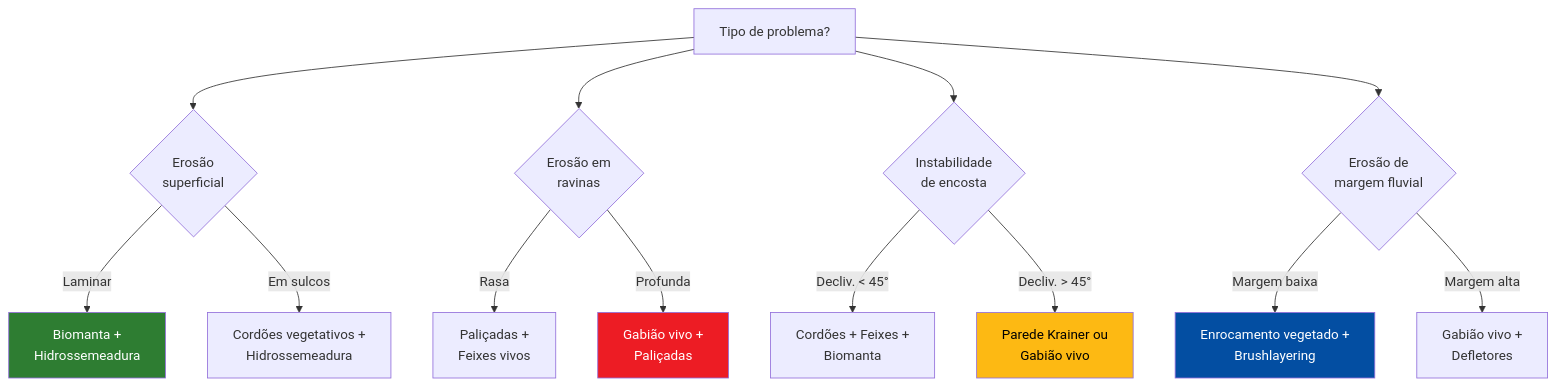
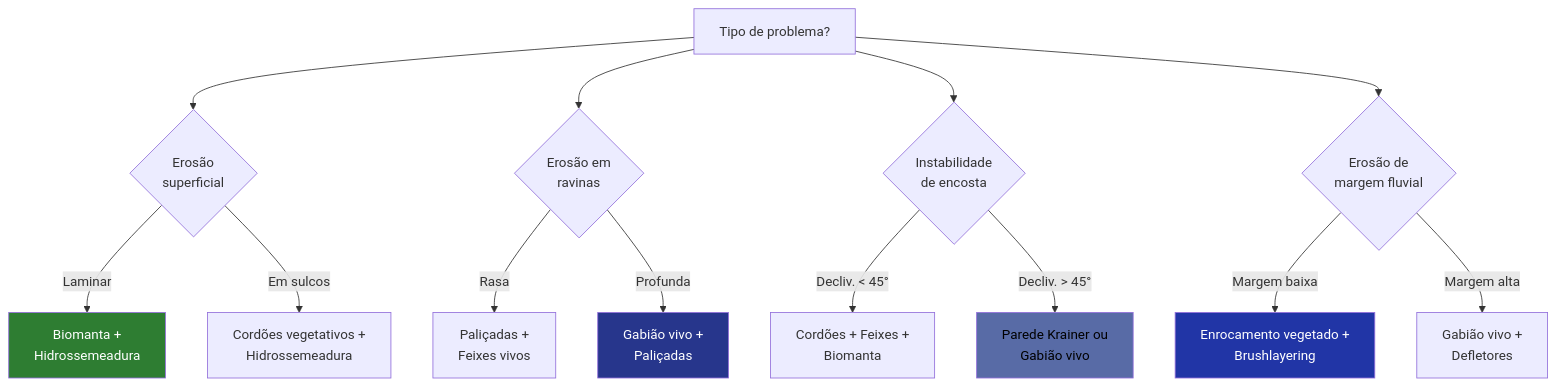
The third of 7 diagrams in aulas/bioengenharia_de_solos/aulas/projeto_integrador/projeto_integrador.qmd (ldvsantos/cv), drawn with Mermaid before and after one commit. The commit also changed other lines of this file and 466 other files, not shown here.

````diff
--- a/aulas/bioengenharia_de_solos/aulas/projeto_integrador/projeto_integrador.qmd
+++ b/aulas/bioengenharia_de_solos/aulas/projeto_integrador/projeto_integrador.qmd
@@ -224,20 +222,20 @@
 ```{mermaid}
 %%| fig-width: 5.5
 graph TD
     A["Tipo de problema?"] --> B{"Erosão<br>superficial"}
     A --> C{"Erosão em<br>ravinas"}
     A --> D{"Instabilidade<br>de encosta"}
     A --> E{"Erosão de<br>margem fluvial"}
     B -->|"Laminar"| B1["Biomanta +<br>Hidrossemeadura"]
     B -->|"Em sulcos"| B2["Cordões vegetativos +<br>Hidrossemeadura"]
     C -->|"Rasa"| C1["Paliçadas +<br>Feixes vivos"]
     C -->|"Profunda"| C2["Gabião vivo +<br>Paliçadas"]
     D -->|"Decliv. < 45°"| D1["Cordões + Feixes +<br>Biomanta"]
     D -->|"Decliv. > 45°"| D2["Parede Krainer ou<br>Gabião vivo"]
     E -->|"Margem baixa"| E1["Enrocamento vegetado +<br>Brushlayering"]
     E -->|"Margem alta"| E2["Gabião vivo +<br>Defletores"]
     style B1 fill:#2E7D32,color:#fff
-    style C2 fill:#ED1C24,color:#fff
-    style D2 fill:#FDB913,color:#000
-    style E1 fill:#034EA2,color:#fff
+    style C2 fill:#27368C,color:#fff
+    style D2 fill:#586BA6,color:#000
+    style E1 fill:#2135A6,color:#fff
 ```
````
